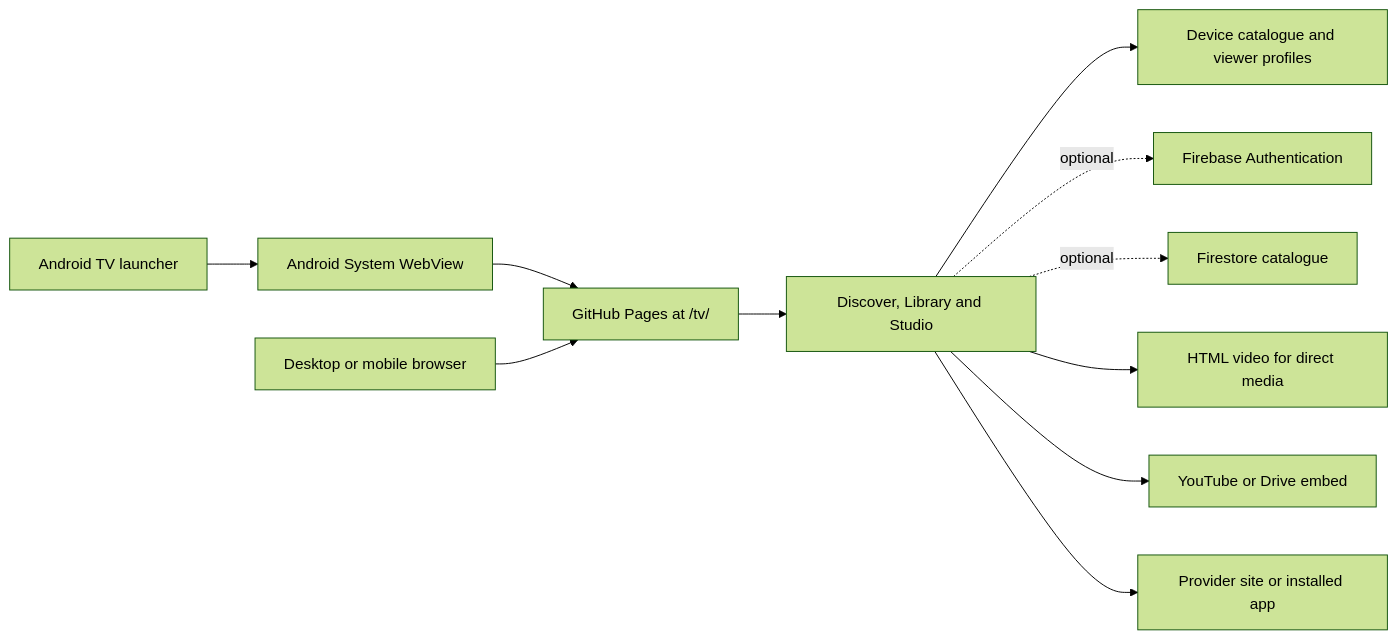
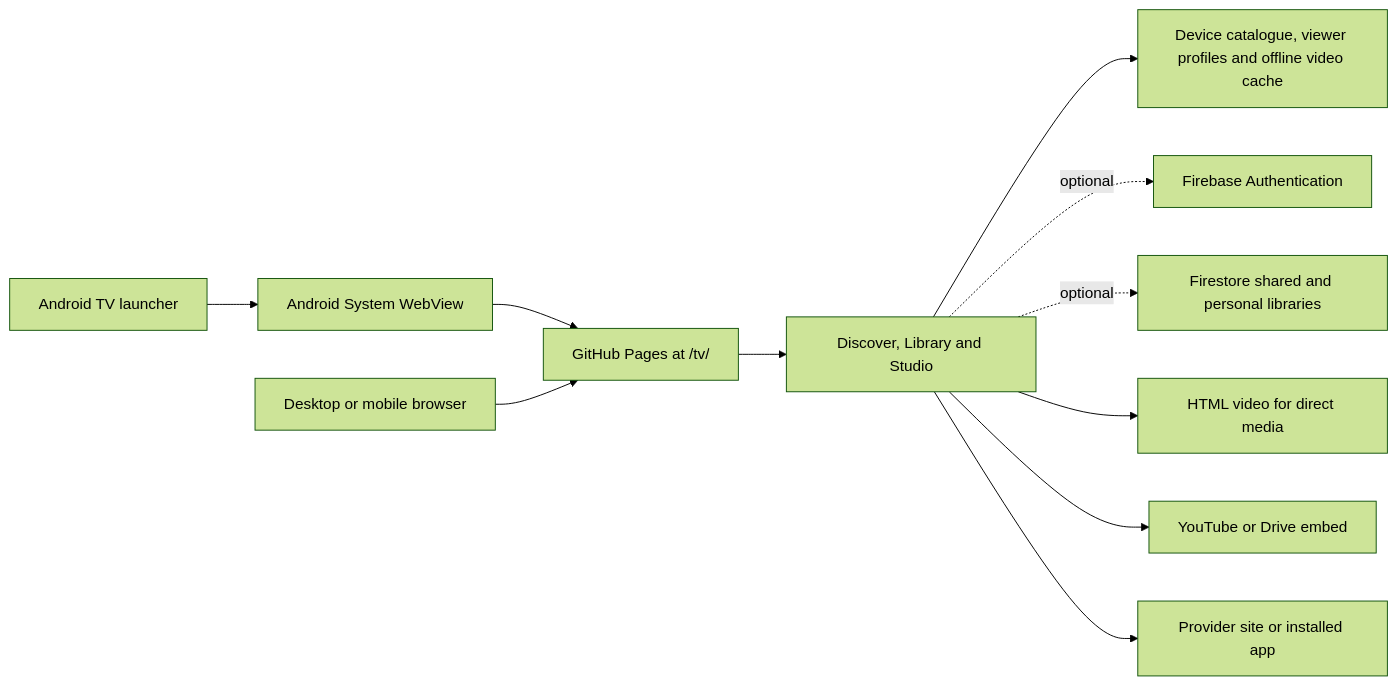
Before and after one commit to shakoorattari/tv: the diagram in docs/DEVELOPMENT.md, drawn with Mermaid (forest theme). The commit also changed other lines of this file and 17 other files, not shown here.

Commit message:
Add Google profiles and offline playback to Strand TV

````diff
--- a/docs/DEVELOPMENT.md
+++ b/docs/DEVELOPMENT.md
@@ -7,13 +7,13 @@
 ```mermaid
 flowchart LR
     TV[Android TV launcher] --> WV[Android System WebView]
     WV --> Pages[GitHub Pages at /tv/]
     Browser[Desktop or mobile browser] --> Pages
     Pages --> UI[Discover, Library and Studio]
-    UI --> Local[Device catalogue and viewer profiles]
+    UI --> Local[Device catalogue, viewer profiles and offline video cache]
     UI -. optional .-> Auth[Firebase Authentication]
-    UI -. optional .-> DB[Firestore catalogue]
+    UI -. optional .-> DB[Firestore shared and personal libraries]
     UI --> Direct[HTML video for direct media]
     UI --> Embed[YouTube or Drive embed]
     UI --> Outside[Provider site or installed app]
 ```
````
